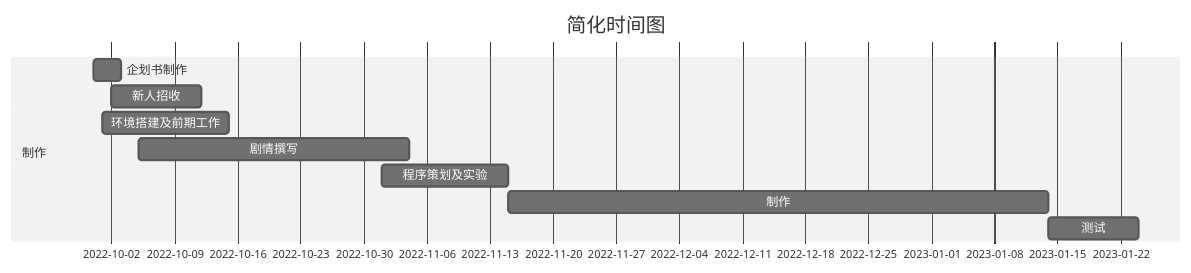
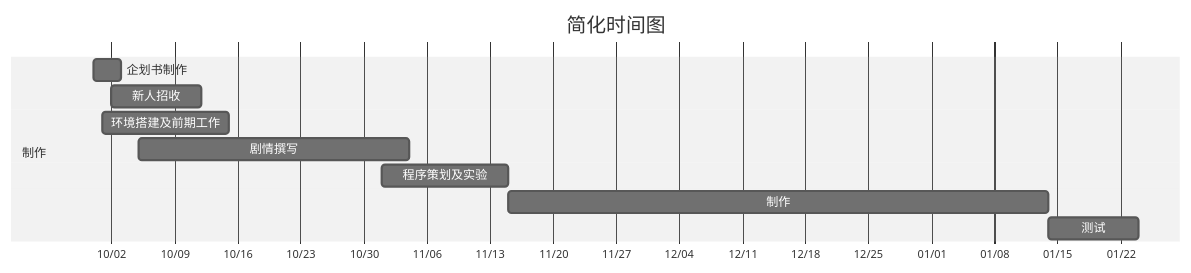
Before and after one commit to iiishop/iiishop.github.io: the third of 3 diagrams in blog/source/_posts/DearDeer新企划.md, drawn with Mermaid (neutral theme). The commit also changed 7 other files, not shown here.

````diff
--- a/blog/source/_posts/DearDeer新企划.md
+++ b/blog/source/_posts/DearDeer新企划.md
@@ -159,13 +159,14 @@
 	```mermaid
 	gantt
 	title 简化时间图
 	dateFormat YYYY-MM-DD
+	axisFormat %m/%d
 	section 制作
 	企划书制作 :2022-09-30,3d
 	新人招收 :2022-10-02,10d
 	环境搭建及前期工作 :2022-10-01,14d
 	剧情撰写 :2022-10-05,30d
 	程序策划及实验 :a,2022-11-01,14d
 	制作 :b,after a,60d
 	测试 :after b,10d
 	```
````
